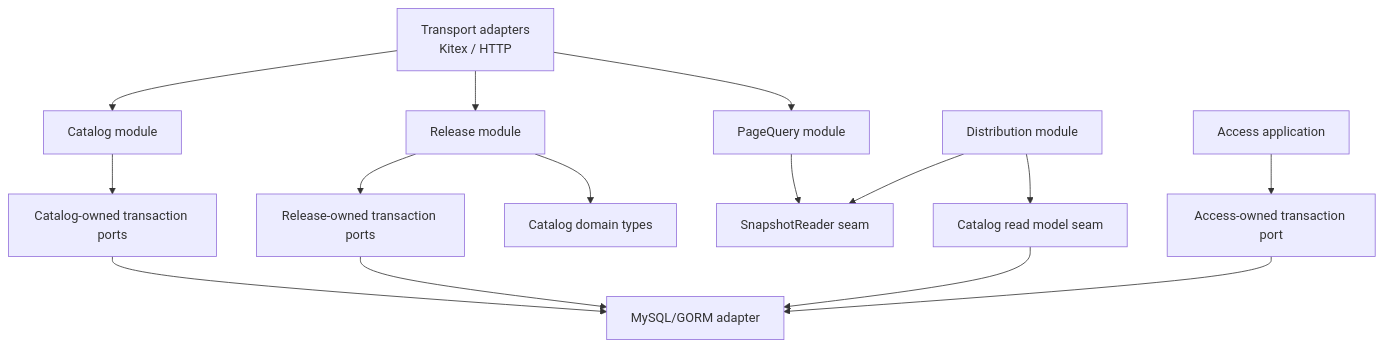
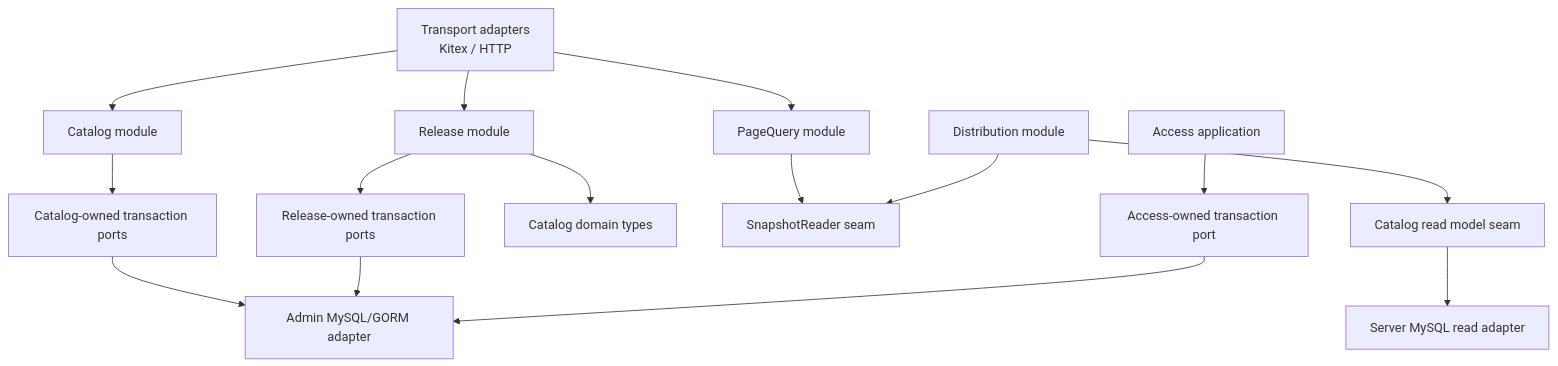
The second of 2 diagrams in docs/design/00-overall-design.md (asherzj/financial_configuration_center), drawn with Mermaid before and after one commit. The commit also changed other lines of this file and 11 other files, not shown here.

Commit message:
docs: adopt multi-module monorepo architecture

````diff
--- a/docs/design/00-overall-design.md
+++ b/docs/design/00-overall-design.md
@@ -81,17 +71,17 @@
 ```mermaid
 flowchart TD
     TR["Transport adapters\nKitex / HTTP"] --> CAT["Catalog module"]
     TR --> REL["Release module"]
     TR --> PQ["PageQuery module"]
     CAT --> CPORT["Catalog-owned transaction ports"]
     REL --> RPORT["Release-owned transaction ports"]
     REL --> CATD["Catalog domain types"]
     PQ --> SNAP["SnapshotReader seam"]
     DIST["Distribution module"] --> SNAP
     DIST --> READ["Catalog read model seam"]
     ACC["Access application"] --> APORT["Access-owned transaction port"]
-    CPORT --> MYSQL["MySQL/GORM adapter"]
+    CPORT --> MYSQL["Admin MySQL/GORM adapter"]
     RPORT --> MYSQL
     APORT --> MYSQL
-    READ --> MYSQL
+    READ --> SMYSQL["Server MySQL read adapter"]
 ```
````
